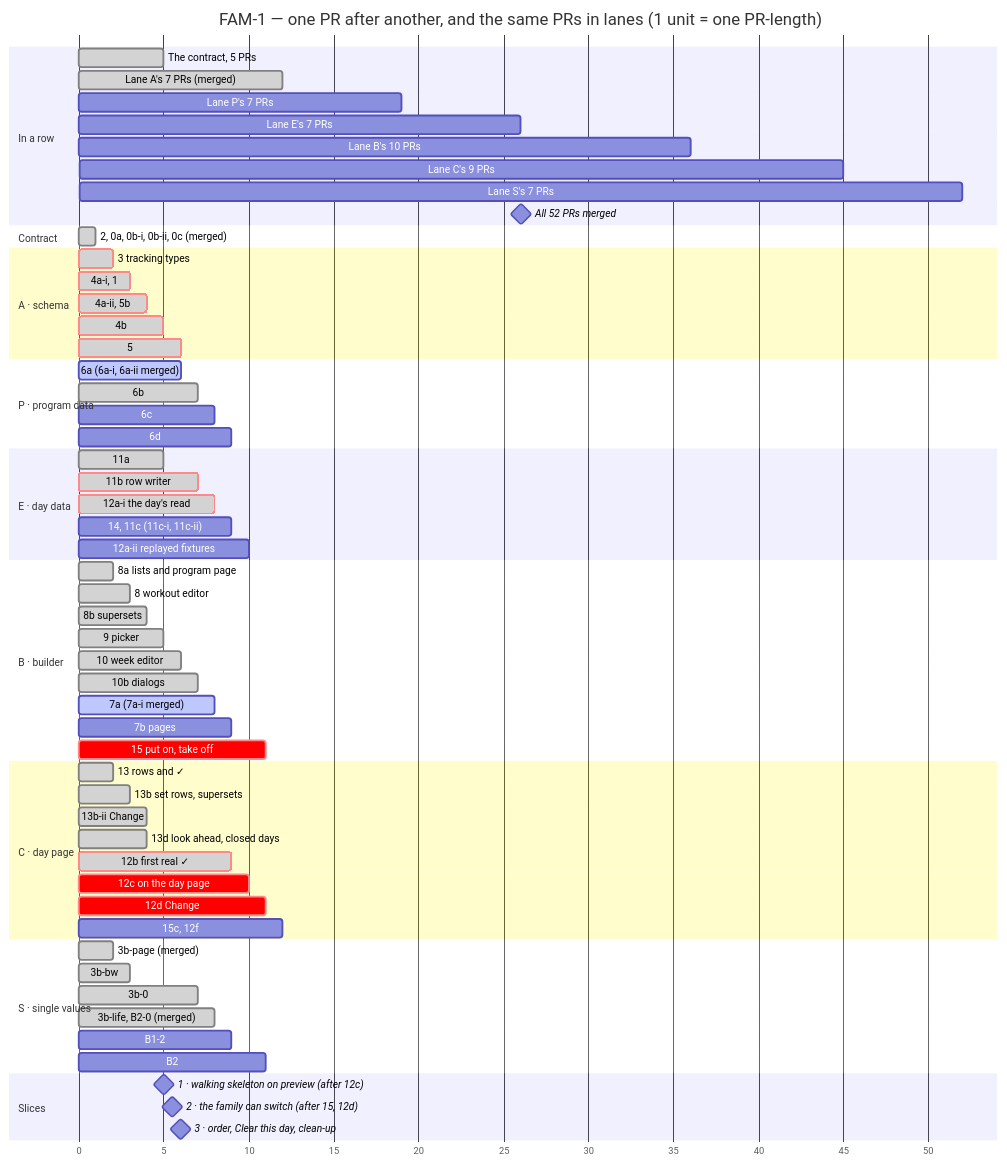
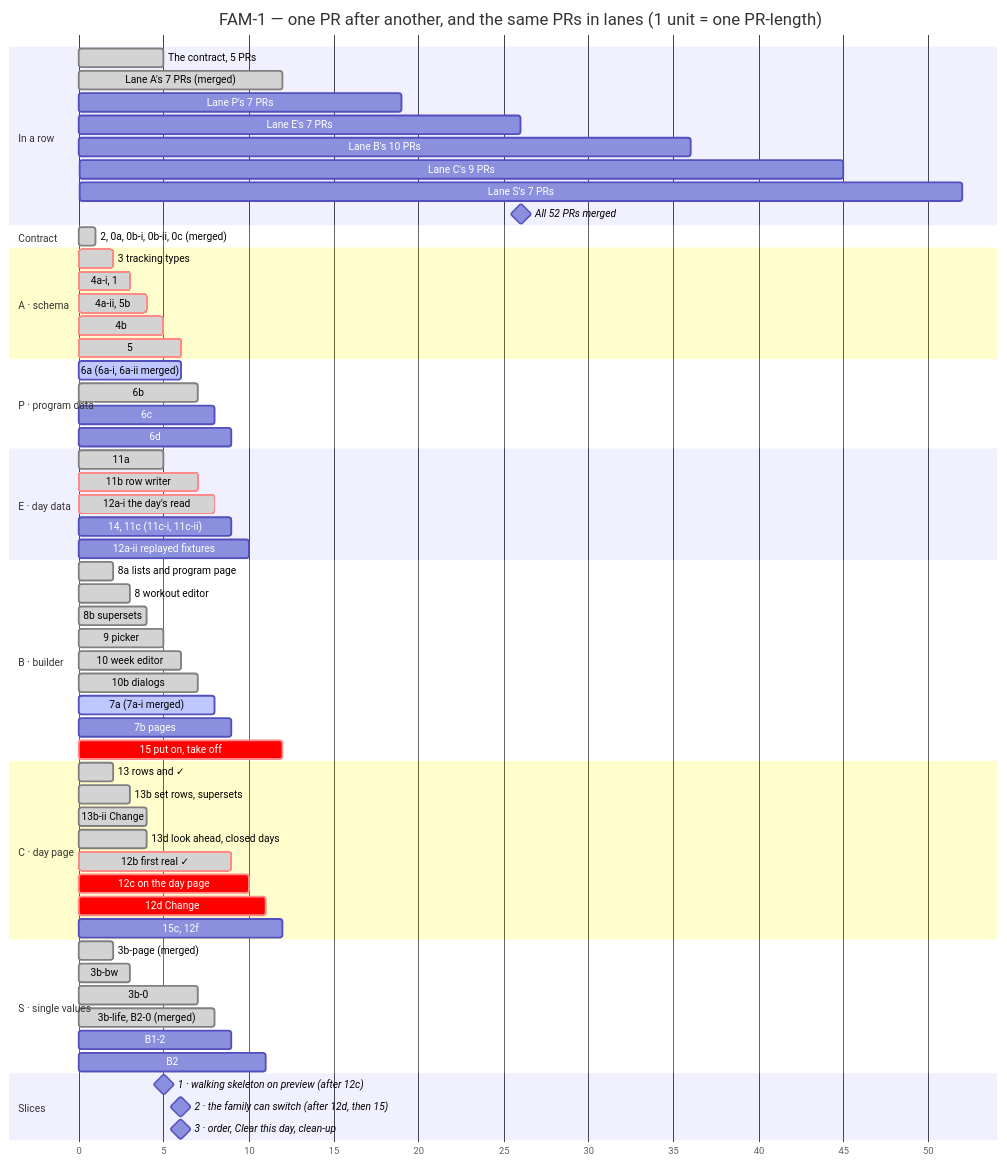
The second of 2 diagrams in docs/milestones/fam-1-family-program.md (ralamode/mat-plan), drawn with Mermaid before and after one commit. The commit also changed other lines of this file and 2 other files, not shown here.

````diff
--- a/docs/milestones/fam-1-family-program.md
+++ b/docs/milestones/fam-1-family-program.md
@@ -258,74 +258,74 @@
 ```mermaid
 gantt
   title FAM-1 — one PR after another, and the same PRs in lanes (1 unit = one PR-length)
   dateFormat X
   axisFormat %s
   todayMarker off
 
   section In a row
   The contract, 5 PRs          :done, r0, 0, 5
   Lane A's 7 PRs (merged)      :done, r1, 5, 12
   Lane P's 7 PRs               :r2, 12, 19
   Lane E's 7 PRs               :r3, 19, 26
   Lane B's 10 PRs              :r4, 26, 36
   Lane C's 9 PRs               :r5, 36, 45
   Lane S's 7 PRs               :r6, 45, 52
   All 52 PRs merged            :milestone, rm, 52, 52
 
   section Contract
   2, 0a, 0b-i, 0b-ii, 0c (merged) :done, c0, 0, 1
 
   section A · schema
   3 tracking types             :crit, done, a1, 1, 2
   4a-i, 1                      :crit, done, a2, 2, 3
   4a-ii, 5b                    :crit, done, a3, 3, 4
   4b                           :crit, done, a4, 4, 5
   5                            :crit, done, a5, 5, 6
 
   section P · program data
   6a (6a-i, 6a-ii merged)      :active, p1, 5, 6
   6b                           :done, p2, 6, 7
   6c                           :p3, 7, 8
   6d                           :p4, 8, 9
 
   section E · day data
   11a                          :done, e1, 4, 5
   11b row writer               :crit, done, e2, 5, 7
   12a-i the day's read         :crit, done, e3, 7, 8
   14, 11c (11c-i, 11c-ii)      :e4, 8, 9
   12a-ii replayed fixtures     :e5, 9, 10
 
   section B · builder
   8a lists and program page    :done, b1, 1, 2
   8 workout editor             :done, b2, 2, 3
   8b supersets                 :done, b3, 3, 4
   9 picker                     :done, b4, 4, 5
   10 week editor               :done, b5, 5, 6
   10b dialogs                  :done, b6, 6, 7
   7a (7a-i merged)             :active, b7, 7, 8
   7b pages                     :b8, 8, 9
-  15 put on, take off          :crit, b9, 10, 11
+  15 put on, take off          :crit, b9, 11, 12
 
   section C · day page
   13 rows and ✓                :done, c1, 1, 2
   13b set rows, supersets      :done, c2, 2, 3
   13b-ii Change                :done, c2b, 3, 4
   13d look ahead, closed days  :done, c3, 3, 4
   12b first real ✓             :crit, done, c4, 8, 9
   12c on the day page          :crit, c5, 9, 10
   12d Change                   :crit, c6, 10, 11
   15c, 12f                     :c7, 11, 12
 
   section S · single values
   3b-page (merged)             :done, s1, 1, 2
   3b-bw                        :done, s2, 2, 3
   3b-0                         :done, s3, 6, 7
   3b-life, B2-0 (merged)       :done, s4, 7, 8
   B1-2                         :s5, 8, 9
   B2                           :s6, 10, 11
 
   section Slices
   1 · walking skeleton on preview (after 12c) :milestone, m1, 10, 10
-  2 · the family can switch (after 15, 12d)   :milestone, m2, 11, 11
+  2 · the family can switch (after 12d, then 15) :milestone, m2, 12, 12
   3 · order, Clear this day, clean-up         :milestone, m3, 12, 12
 ```
````
